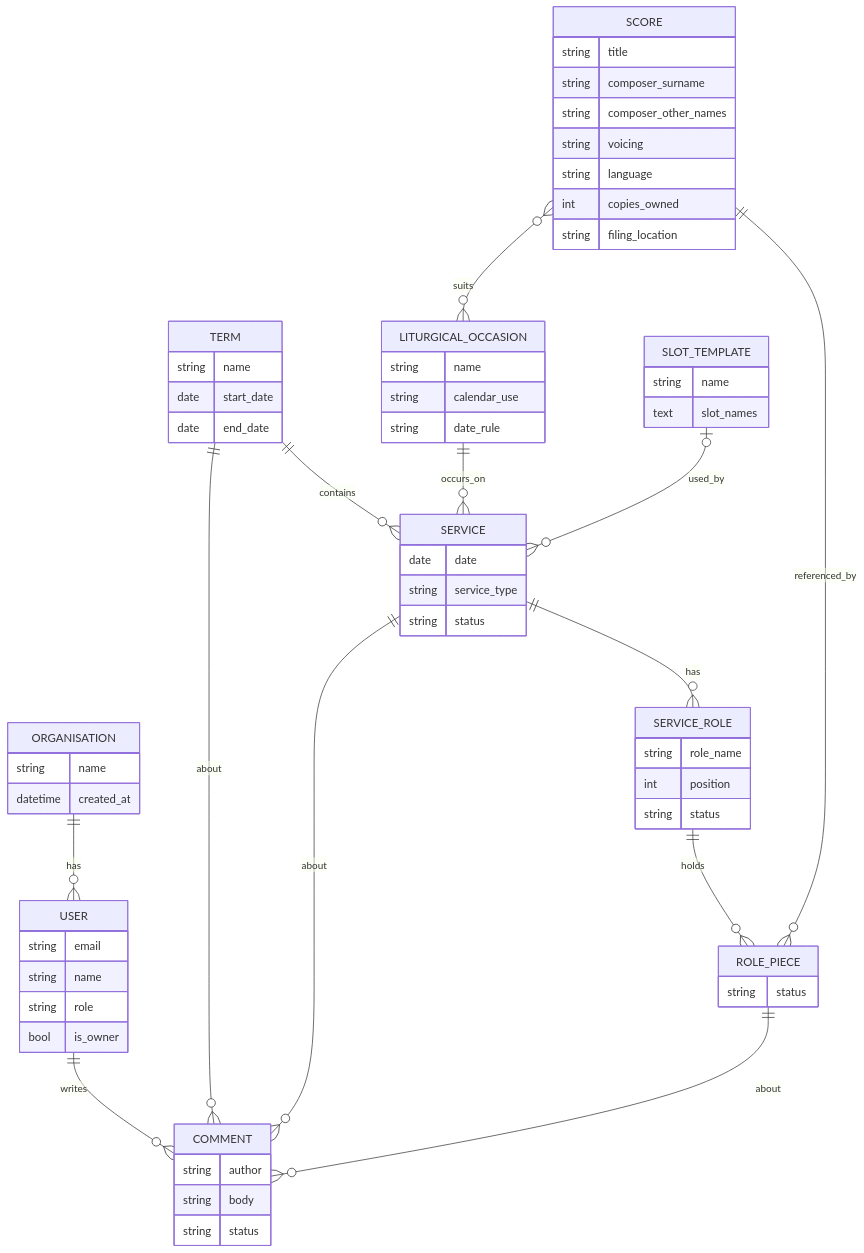
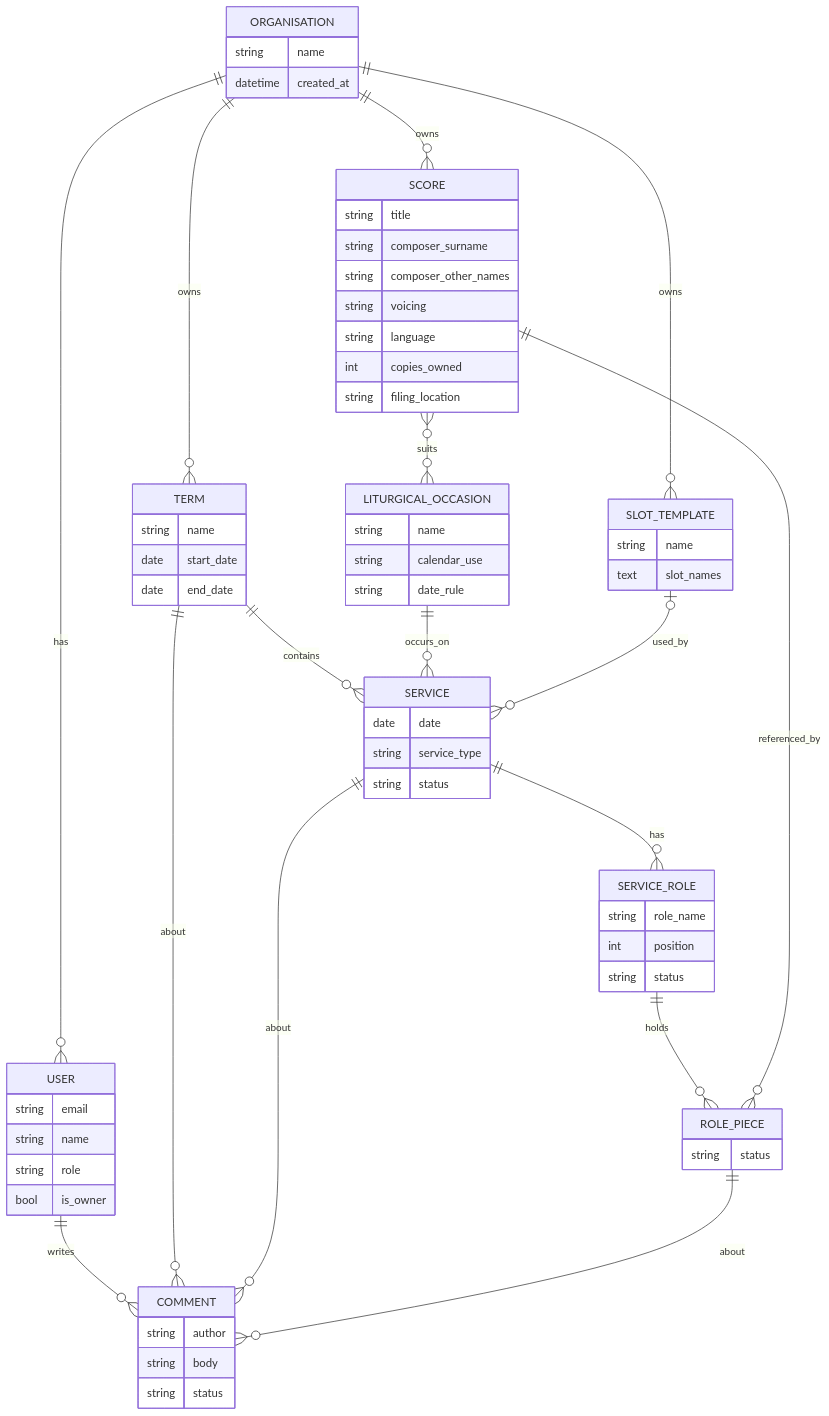
The diagram in docs/erd.mmd (StockoL/precentor), drawn with Mermaid before and after one commit. The commit also changed 1 other file, not shown here.

Commit message:
Document how each church's data carries its organisation
The models plan explains which models carry the organisation and how
it's set, why the child rows copy theirs, how the existing rows were
filled in and why the settings row waits, and the ERD shows what each
organisation owns.

```diff
--- a/docs/erd.mmd
+++ b/docs/erd.mmd
@@ -1,73 +1,79 @@
 erDiagram
   %% See docs/models_plan.md for the reasoning behind these choices:
   %% - SCORE <-> LITURGICAL_OCCASION is a through-table (many-to-many)
   %% - COMMENT's link to TERM/SERVICE/ROLE_PIECE is one polymorphic
   %%   GenericForeignKey in Django, shown here as three edges since
   %%   erDiagram syntax can't express "one FK, any of three tables"
   %% - applying a SLOT_TEMPLATE copies its slot names into new
   %%   SERVICE_ROLE rows, which keep no link to it; the SERVICE only
   %%   records which template it uses now
+  %% - every church's own data belongs to an ORGANISATION; services,
+  %%   slots, pieces, notices and comments copy theirs from what they
+  %%   belong to, so only the directly owned ones are drawn here
   ORGANISATION ||--o{ USER : has
+  ORGANISATION ||--o{ TERM : owns
+  ORGANISATION ||--o{ SCORE : owns
+  ORGANISATION ||--o{ SLOT_TEMPLATE : owns
   USER ||--o{ COMMENT : writes
   TERM ||--o{ SERVICE : contains
   LITURGICAL_OCCASION ||--o{ SERVICE : occurs_on
   SERVICE ||--o{ SERVICE_ROLE : has
   SLOT_TEMPLATE |o--o{ SERVICE : used_by
   SERVICE_ROLE ||--o{ ROLE_PIECE : holds
   SCORE ||--o{ ROLE_PIECE : referenced_by
   SCORE }o--o{ LITURGICAL_OCCASION : suits
   TERM ||--o{ COMMENT : about
   SERVICE ||--o{ COMMENT : about
   ROLE_PIECE ||--o{ COMMENT : about
 
   ORGANISATION {
     string name
     datetime created_at
   }
   USER {
     string email
     string name
     string role
     bool is_owner
   }
   TERM {
     string name
     date start_date
     date end_date
   }
   SERVICE {
     date date
     string service_type
     string status
   }
   SERVICE_ROLE {
     string role_name
     int position
     string status
   }
   SLOT_TEMPLATE {
     string name
     text slot_names
   }
   ROLE_PIECE {
     string status
   }
   SCORE {
     string title
     string composer_surname
     string composer_other_names
     string voicing
     string language
     int copies_owned
     string filing_location
   }
   LITURGICAL_OCCASION {
     string name
     string calendar_use
     string date_rule
   }
   COMMENT {
     string author
     string body
     string status
   }
```
